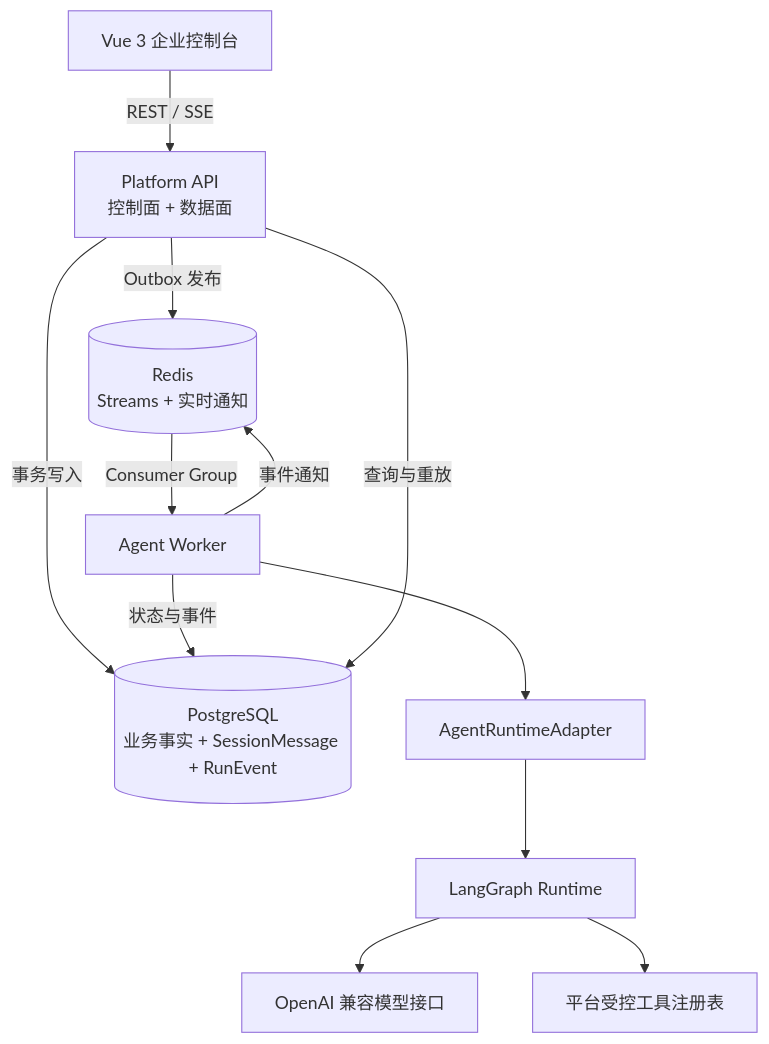
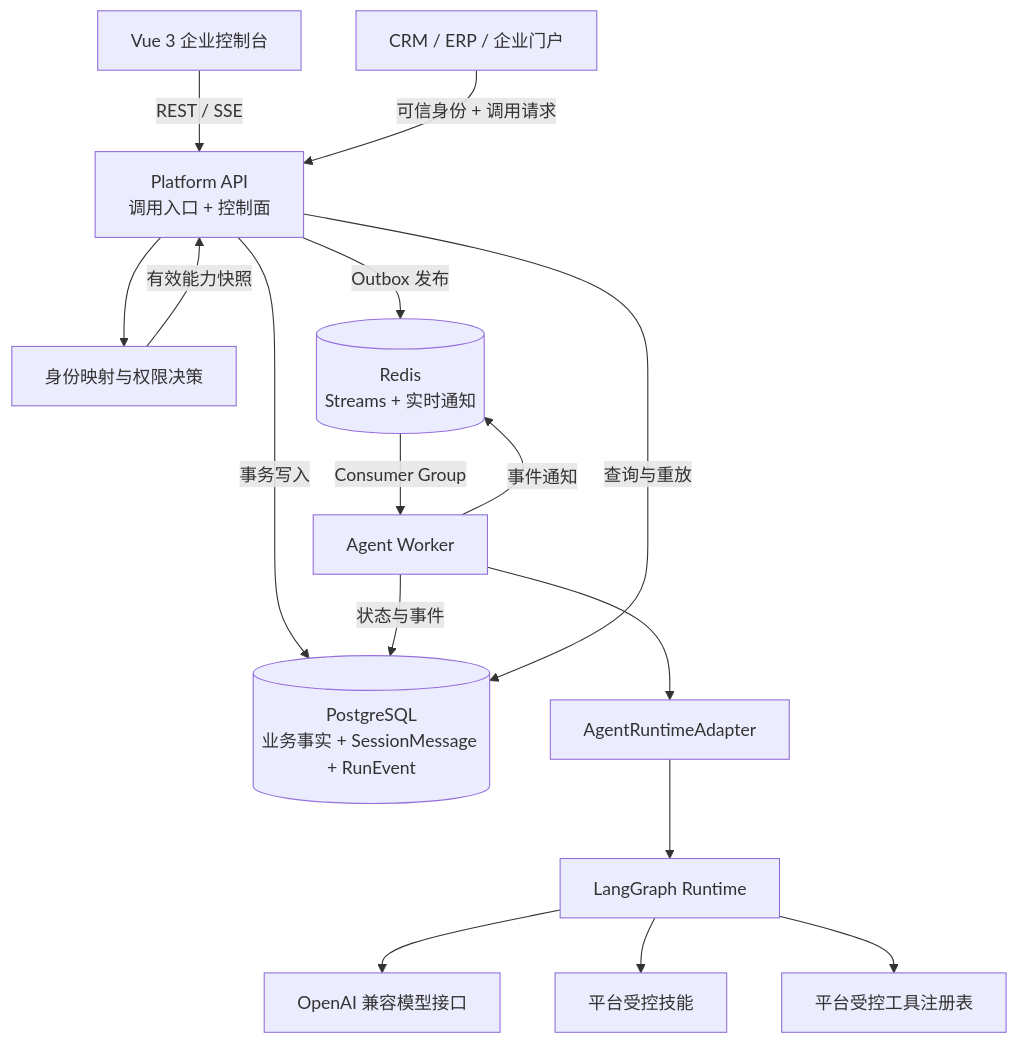
Before and after one commit to noAbandonsj/AgentPlane: the first of 2 diagrams in docs/architecture-and-mvp-plan.md, drawn with Mermaid. The commit also changed other lines of this file and 3 other files, not shown here.

````diff
--- a/docs/architecture-and-mvp-plan.md
+++ b/docs/architecture-and-mvp-plan.md
@@ -93,24 +109,31 @@
 ```mermaid
 flowchart TB
     UI["Vue 3 企业控制台"]
-    API["Platform API<br/>控制面 + 数据面"]
+    APPS["CRM / ERP / 企业门户"]
+    API["Platform API<br/>调用入口 + 控制面"]
+    POLICY["身份映射与权限决策"]
     DB[("PostgreSQL<br/>业务事实 + SessionMessage + RunEvent")]
     REDIS[("Redis<br/>Streams + 实时通知")]
     WORKER["Agent Worker"]
     RUNTIME["AgentRuntimeAdapter"]
     LANGGRAPH["LangGraph Runtime"]
     MODEL["OpenAI 兼容模型接口"]
+    SKILLS["平台受控技能"]
     TOOLS["平台受控工具注册表"]
 
     UI -->|REST / SSE| API
+    APPS -->|可信身份 + 调用请求| API
+    API --> POLICY
+    POLICY -->|有效能力快照| API
     API -->|事务写入| DB
     API -->|Outbox 发布| REDIS
     REDIS -->|Consumer Group| WORKER
     WORKER --> RUNTIME
     RUNTIME --> LANGGRAPH
     LANGGRAPH --> MODEL
+    LANGGRAPH --> SKILLS
     LANGGRAPH --> TOOLS
     WORKER -->|状态与事件| DB
     WORKER -->|事件通知| REDIS
     API -->|查询与重放| DB
 ```
````
